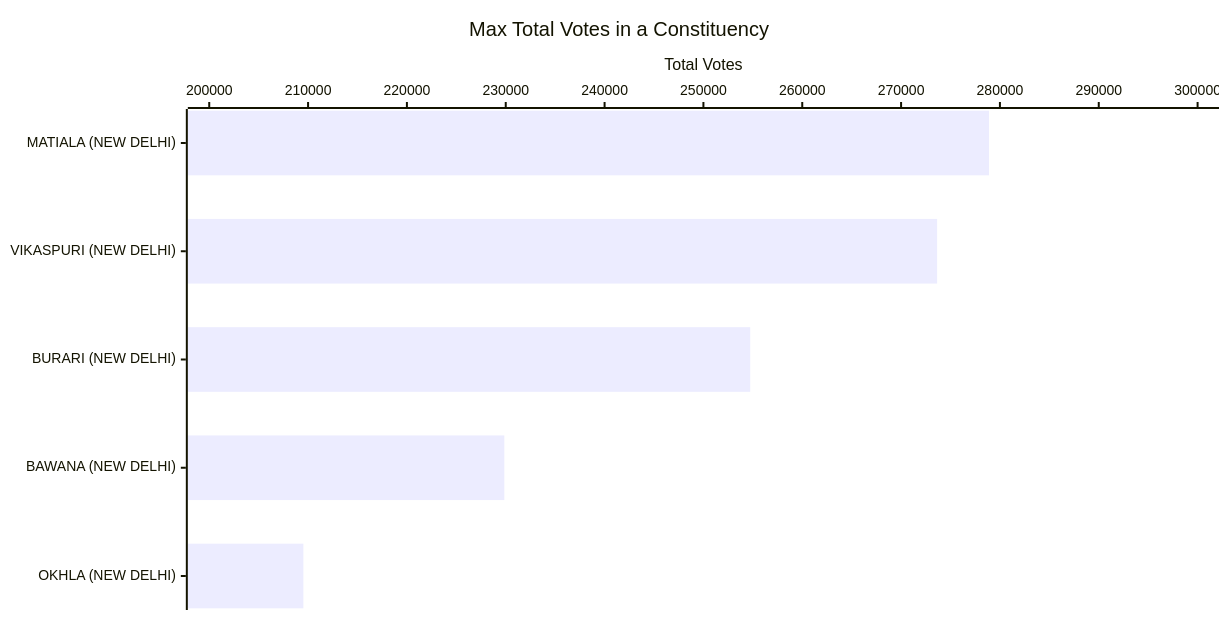
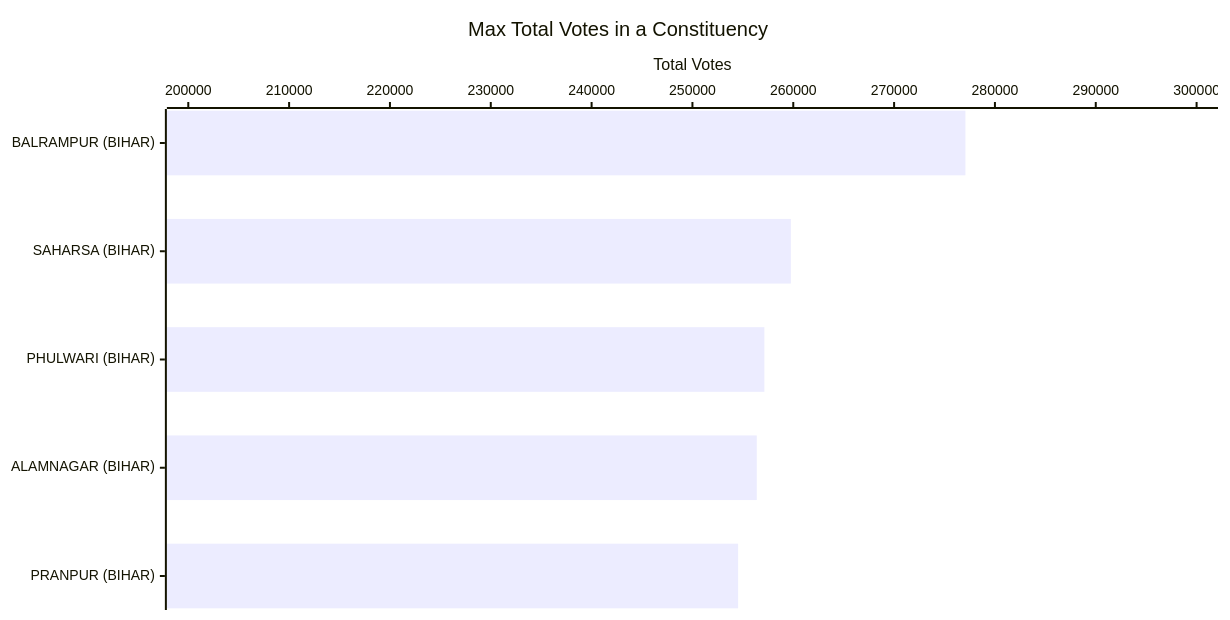
One commit to arjunswaj/elections changed the seventh of 23 diagrams in BIHAR-GRAPH.md. Above: the diagram before and after it, drawn with Mermaid. The commit also changed other lines of this file and 3 other files, not shown here.

````diff
--- a/BIHAR-GRAPH.md
+++ b/BIHAR-GRAPH.md
@@ -168,17 +168,17 @@
 ```mermaid
 ---
 config:
     xyChart:
         width: 1200
         height: 600
         chartOrientation: horizontal
         dataLabels:
             enabled: true
             placement: end
 ---
 xychart-beta
     title "Max Total Votes in a Constituency"
-    x-axis ["MATIALA (NEW DELHI)", "VIKASPURI (NEW DELHI)", "BURARI (NEW DELHI)", "BAWANA (NEW DELHI)", "OKHLA (NEW DELHI)"]
+    x-axis ["BALRAMPUR (BIHAR)", "SAHARSA (BIHAR)", "PHULWARI (BIHAR)", "ALAMNAGAR (BIHAR)", "PRANPUR (BIHAR)"]
     y-axis "Total Votes" 200000 --> 300000
-    bar [278894, 273648, 254737, 229856, 209522]
+    bar [277074, 259763, 257134, 256381, 254532]
 ```
````
